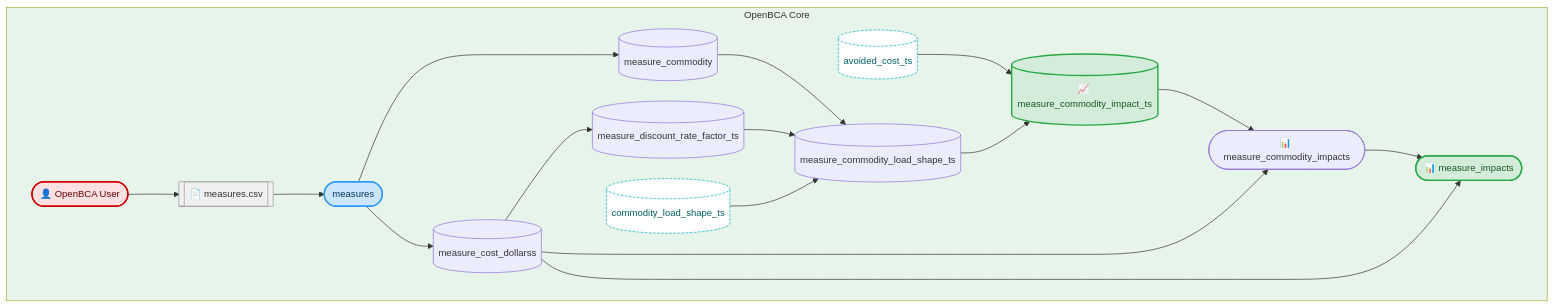
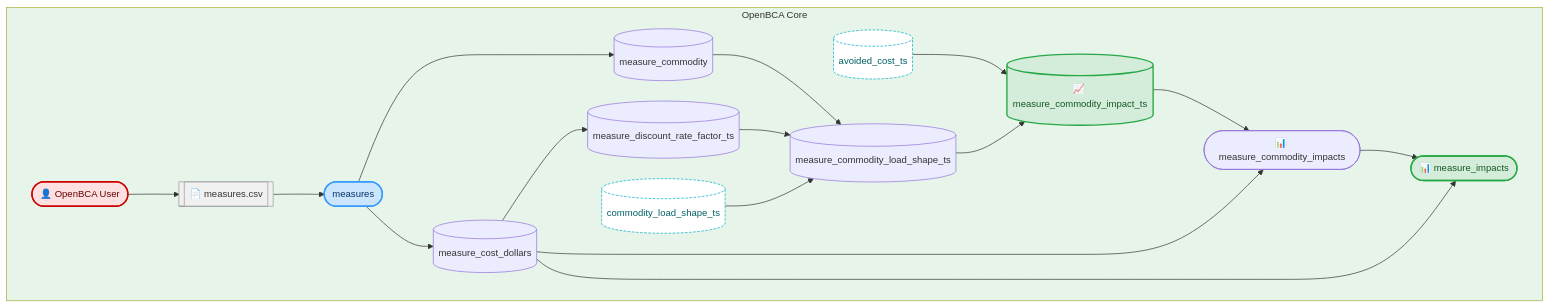
One commit to openbca/openbca changed the first of 4 diagrams in README.md. Above: the diagram before and after it, drawn with Mermaid. The commit also changed 9 other files, not shown here.

````diff
--- a/README.md
+++ b/README.md
@@ -66,47 +66,47 @@
 ```mermaid
 %%{ init: { "theme": "default", "themeVariables": { "fontSize": "14px" }, "flowchart": { "nodeSpacing": 30, "curve": "basis" } } }%%
 flowchart TD
 
     %% === OpenBCA Subgraph ===
     subgraph OpenBCA ["OpenBCA Core"]
         style OpenBCA fill:#e6f4ea
 
         user(["👤 OpenBCA User"]):::user
         measure_csv[[📄 measures.csv]]:::fileref
         measures(["measures"]):::input
 
-        measure_cost_dollarss[(measure_cost_dollarss)]:::intermediate
+        measure_cost_dollars[(measure_cost_dollars)]:::intermediate
         measure_discount_rate_factor_ts[(measure_discount_rate_factor_ts)]:::intermediate
         measure_commodity[(measure_commodity)]:::intermediate
         measure_commodity_load_shape_ts[(measure_commodity_load_shape_ts)]:::intermediate
         measure_commodity_impact_ts[(📈 measure_commodity_impact_ts)]:::output
         measure_commodity_impacts(["📊 measure_commodity_impacts"]):::intermediate
         measure_impacts(["📊 measure_impacts"]):::output
         
         avoided_cost_ts[(avoided_cost_ts)]:::interface
         commodity_load_shape_ts[(commodity_load_shape_ts)]:::interface
 
         user --> measure_csv --> measures
-        measures --> measure_cost_dollarss
-        measure_cost_dollarss --> measure_discount_rate_factor_ts
+        measures --> measure_cost_dollars
+        measure_cost_dollars --> measure_discount_rate_factor_ts
         measures --> measure_commodity
         measure_commodity --> measure_commodity_load_shape_ts
         measure_discount_rate_factor_ts --> measure_commodity_load_shape_ts
         commodity_load_shape_ts --> measure_commodity_load_shape_ts
         avoided_cost_ts --> measure_commodity_impact_ts
         measure_commodity_load_shape_ts --> measure_commodity_impact_ts
         measure_commodity_impact_ts --> measure_commodity_impacts
-        measure_cost_dollarss --> measure_commodity_impacts
+        measure_cost_dollars --> measure_commodity_impacts
         measure_commodity_impacts --> measure_impacts
-        measure_cost_dollarss --> measure_impacts
+        measure_cost_dollars --> measure_impacts
     end
 
     %% === CLASS DEFINITIONS ===
     classDef input fill:#cce5ff,stroke:#3399ff,color:#003366,stroke-width:2px;
     %%classDef intermediate 
     classDef output fill:#d4edda,stroke:#28a745,color:#155724,stroke-width:2px;
     classDef interface fill:#ffffff,stroke:#00acc1,color:#006064,stroke-dasharray: 4 2;
     classDef fileref fill:#f0f0f0,stroke:#999999,color:#333,stroke-width:1px;
     classDef user fill:#ffe0e0,stroke:#cc0000,color:#660000,stroke-width:2px;
 
 ```
````
